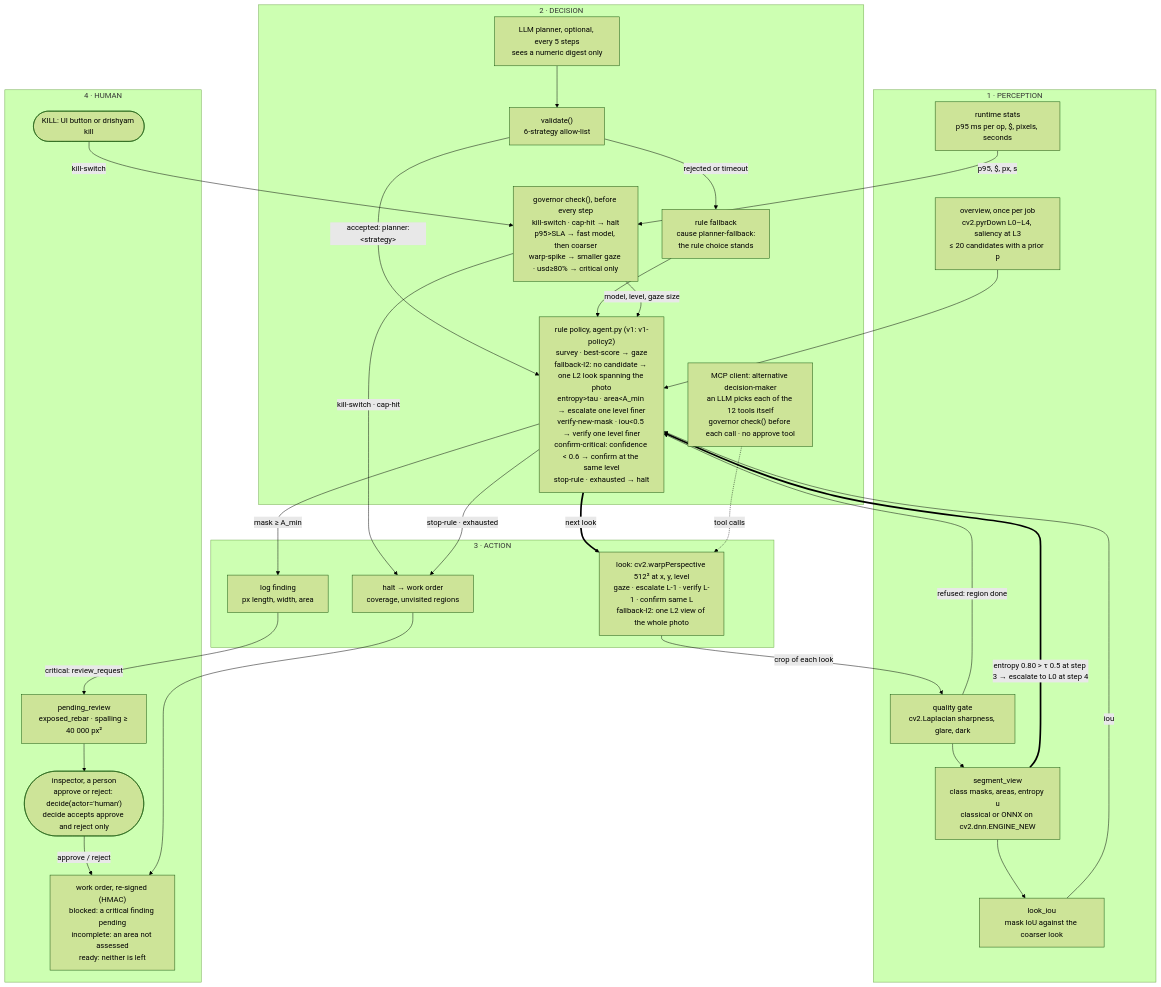
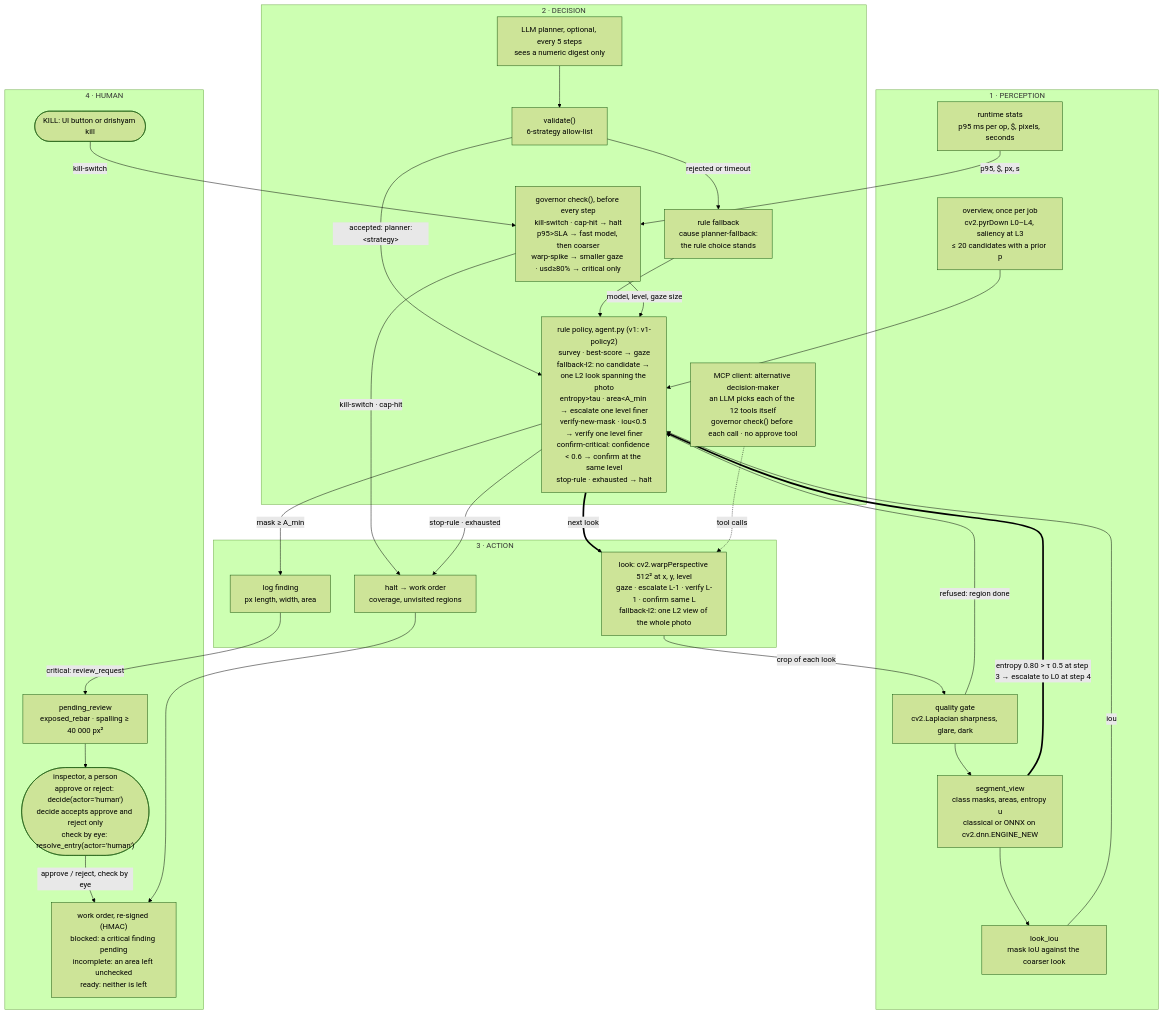
One commit to vj-io/drishyam changed the diagram in docs/agent-loop.mmd. Above: the diagram before and after it, drawn with Mermaid (forest theme). The commit also changed 10 other files, not shown here.

First line of the commit message:
docs: a person's check by eye in README, report and both figures; the site's meta descriptions and the contract's live commit

```diff
--- a/docs/agent-loop.mmd
+++ b/docs/agent-loop.mmd
@@ -1,61 +1,61 @@
 %% Drishyam agent loop: the same content as docs/agent-loop.svg.
 %% Edge labels in the DECISION group are the literal trace `cause` strings in drishyam/agent.py and governor.py.
 %% The thick edge is a measured step from one deterministic run of
 %% tests/test_agent.py::test_opencv_output_changes_the_next_tool_call (conftest scene, FakeClock, pixel_cap=1.0):
 %% step 3 measured entropy 0.80 at L1, so step 4 escalated to L0 with cause entropy>tau.
 %% PERCEPTION = OpenCV measurements; every DECISION step records a cause; HUMAN is the only path out of pending_review.
 %% v1-policy2 (v1's live look policy): grid first looks, exposed rebar and spalling 2x in s, a critical mask under
 %% confidence 0.6 held for one confirm-critical look (else needs-a-look for a person), critical findings of one class merged.
 %% REV 1.1.1 (2026-10-22).
 flowchart TB
     subgraph PERCEPTION["1 · PERCEPTION"]
         OV["overview, once per job<br/>cv2.pyrDown L0–L4, saliency at L3<br/>≤ 20 candidates with a prior p"]
         QG["quality gate<br/>cv2.Laplacian sharpness, glare, dark"]
         SEG["segment_view<br/>class masks, areas, entropy u<br/>classical or ONNX on cv2.dnn.ENGINE_NEW"]
         VER["look_iou<br/>mask IoU against the coarser look"]
         RT["runtime stats<br/>p95 ms per op, $, pixels, seconds"]
         QG --> SEG --> VER
     end
 
     subgraph DECISION["2 · DECISION"]
         GOV["governor check(), before every step<br/>kill-switch · cap-hit → halt<br/>p95#gt;SLA → fast model, then coarser<br/>warp-spike → smaller gaze · usd≥80% → critical only"]
         RULE["rule policy, agent.py (v1: v1-policy2)<br/>survey · best-score → gaze<br/>fallback-l2: no candidate → one L2 look spanning the photo<br/>entropy#gt;tau · area#lt;A_min → escalate one level finer<br/>verify-new-mask · iou#lt;0.5 → verify one level finer<br/>confirm-critical: confidence #lt; 0.6 → confirm at the same level<br/>stop-rule · exhausted → halt"]
         LLM["LLM planner, optional, every 5 steps<br/>sees a numeric digest only"]
         VAL["validate()<br/>6-strategy allow-list"]
         FB["rule fallback<br/>cause planner-fallback:<br/>the rule choice stands"]
         MCP["MCP client: alternative decision-maker<br/>an LLM picks each of the 12 tools itself<br/>governor check() before each call · no approve tool"]
         LLM --> VAL
         VAL -->|"accepted: planner:#lt;strategy#gt;"| RULE
         VAL -->|"rejected or timeout"| FB --> RULE
     end
 
     subgraph ACTION["3 · ACTION"]
         LOOK["look: cv2.warpPerspective 512² at x, y, level<br/>gaze · escalate L-1 · verify L-1 · confirm same L<br/>fallback-l2: one L2 view of the whole photo"]
         FIND["log finding<br/>px length, width, area"]
         HALT["halt → work order<br/>coverage, unvisited regions"]
     end
 
     subgraph HUMAN["4 · HUMAN"]
         PEND["pending_review<br/>exposed_rebar · spalling ≥ 40 000 px²"]
-        INSP(["inspector, a person<br/>approve or reject: decide(actor='human')<br/>decide accepts approve and reject only"])
-        WO["work order, re-signed (HMAC)<br/>blocked: a critical finding pending<br/>incomplete: an area not assessed<br/>ready: neither is left"]
+        INSP(["inspector, a person<br/>approve or reject: decide(actor='human')<br/>decide accepts approve and reject only<br/>check by eye: resolve_entry(actor='human')"])
+        WO["work order, re-signed (HMAC)<br/>blocked: a critical finding pending<br/>incomplete: an area left unchecked<br/>ready: neither is left"]
         KILL(["KILL: UI button or drishyam kill"])
     end
 
     OV --> RULE
     QG -->|"refused: region done"| RULE
     SEG ==>|"entropy 0.80 #gt; τ 0.5 at step 3 → escalate to L0 at step 4"| RULE
     VER -->|"iou"| RULE
     RT -->|"p95, $, px, s"| GOV
     GOV -->|"model, level, gaze size"| RULE
     GOV -->|"kill-switch · cap-hit"| HALT
     RULE ==>|"next look"| LOOK
     RULE -->|"mask ≥ A_min"| FIND
     RULE -->|"stop-rule · exhausted"| HALT
     MCP -.->|"tool calls"| LOOK
     FIND -->|"critical: review_request"| PEND
     PEND --> INSP
-    INSP -->|"approve / reject"| WO
+    INSP -->|"approve / reject, check by eye"| WO
     HALT --> WO
     KILL -->|"kill-switch"| GOV
     LOOK -->|"crop of each look"| QG
```
